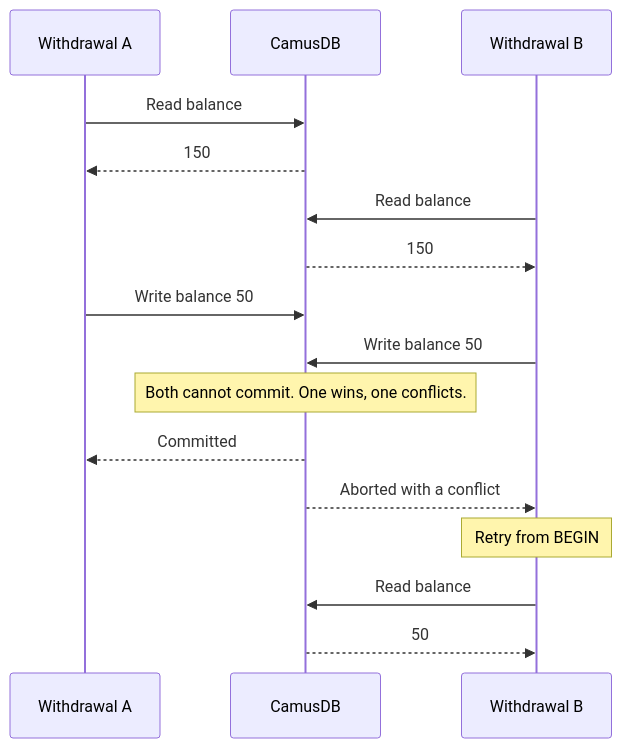
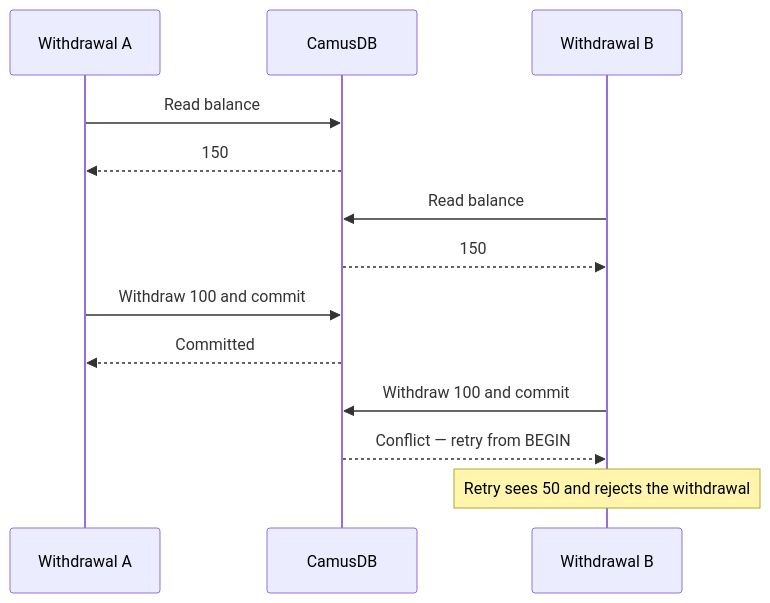
Before and after one commit to camusdb/camusdb.github.io: the diagram in docs/serializable-transactions.md, drawn with Mermaid. The commit also changed other lines of this file and 174 other files, not shown here.

````diff
--- a/docs/serializable-transactions.md
+++ b/docs/serializable-transactions.md
@@ -48,18 +41,15 @@
 ```mermaid
 sequenceDiagram
     participant A as Withdrawal A
     participant DB as CamusDB
     participant B as Withdrawal B
     A->>DB: Read balance
     DB-->>A: 150
     B->>DB: Read balance
     DB-->>B: 150
-    A->>DB: Write balance 50
-    B->>DB: Write balance 50
-    Note over DB: Both cannot commit. One wins, one conflicts.
+    A->>DB: Withdraw 100 and commit
     DB-->>A: Committed
-    DB-->>B: Aborted with a conflict
-    Note over B: Retry from BEGIN
-    B->>DB: Read balance
-    DB-->>B: 50
+    B->>DB: Withdraw 100 and commit
+    DB-->>B: Conflict — retry from BEGIN
+    Note over B: Retry sees 50 and rejects the withdrawal
 ```
````
